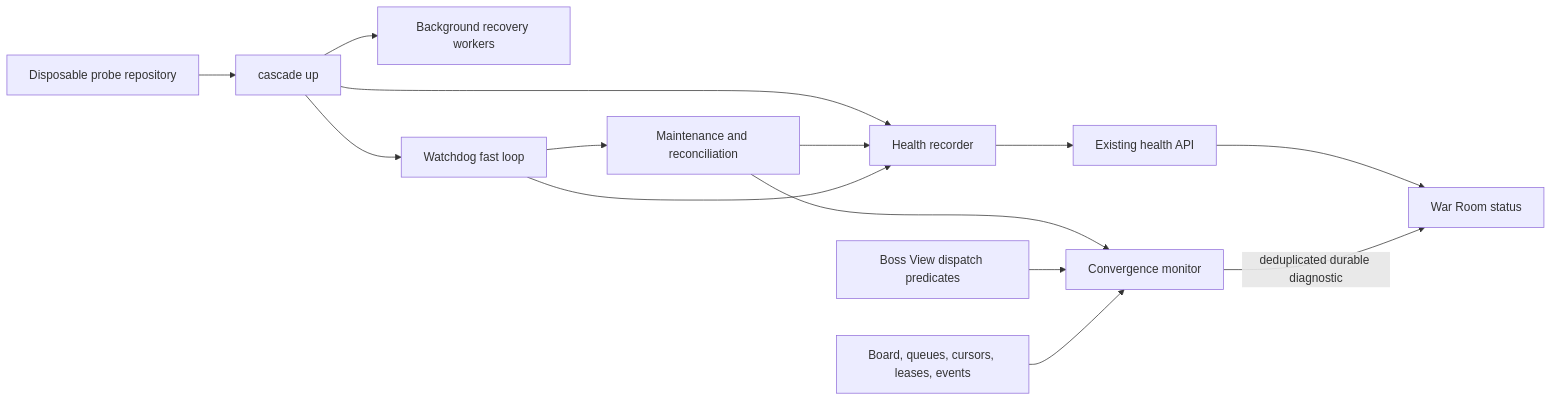
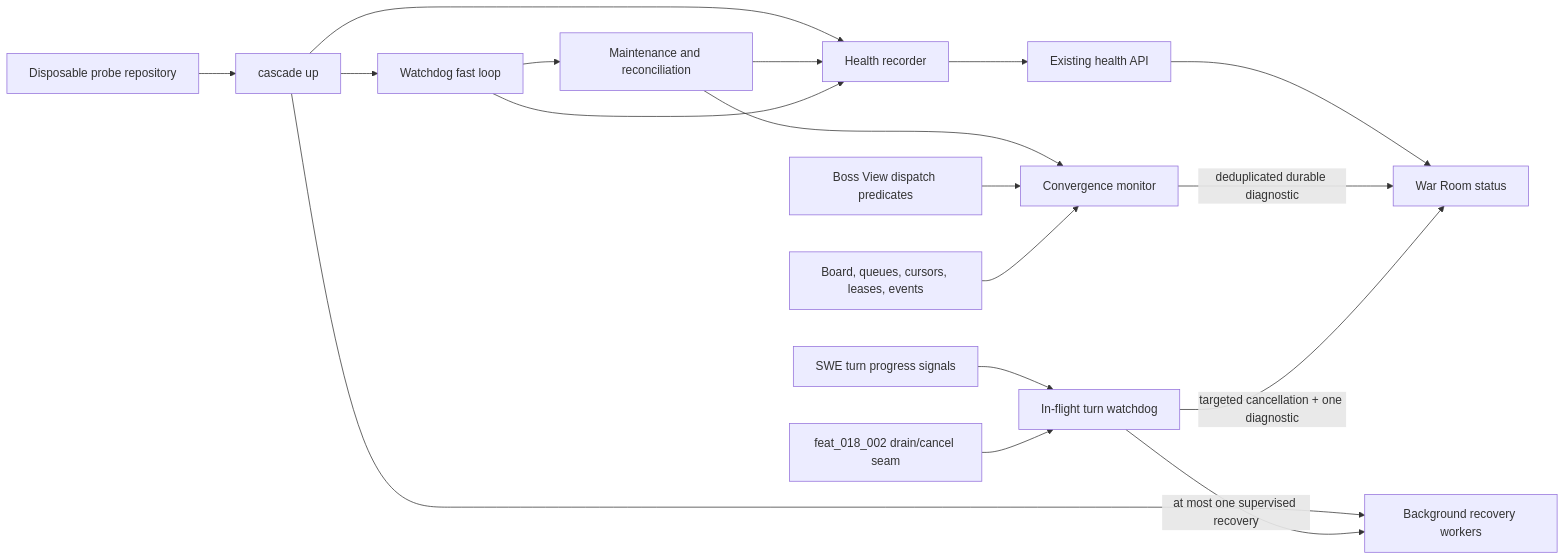
One commit to vincentc-b/CascadeCode changed the diagram in docs/epics/2_active/epic_012_supervisor_readiness_and_convergence_health.md. Above: the diagram before and after it, drawn with Mermaid. The commit also changed other lines of this file, not shown here.

````diff
--- a/docs/epics/2_active/epic_012_supervisor_readiness_and_convergence_health.md
+++ b/docs/epics/2_active/epic_012_supervisor_readiness_and_convergence_health.md
@@ -43,16 +50,20 @@
 ```mermaid
 flowchart LR
   UP[cascade up] --> HR[Health recorder]
   UP --> BG[Background recovery workers]
   UP --> WD[Watchdog fast loop]
   WD --> RC[Maintenance and reconciliation]
   HR --> API[Existing health API]
   RC --> HR
   WD --> HR
   API --> WR[War Room status]
   RC --> CV[Convergence monitor]
   BV[Boss View dispatch predicates] --> CV
   QE[Board, queues, cursors, leases, events] --> CV
   CV -->|deduplicated durable diagnostic| WR
+  ST[SWE turn progress signals] --> TW[In-flight turn watchdog]
+  E18[feat_018_002 drain/cancel seam] --> TW
+  TW -->|targeted cancellation + one diagnostic| WR
+  TW -->|at most one supervised recovery| BG
   PR[Disposable probe repository] --> UP
 ```
````
